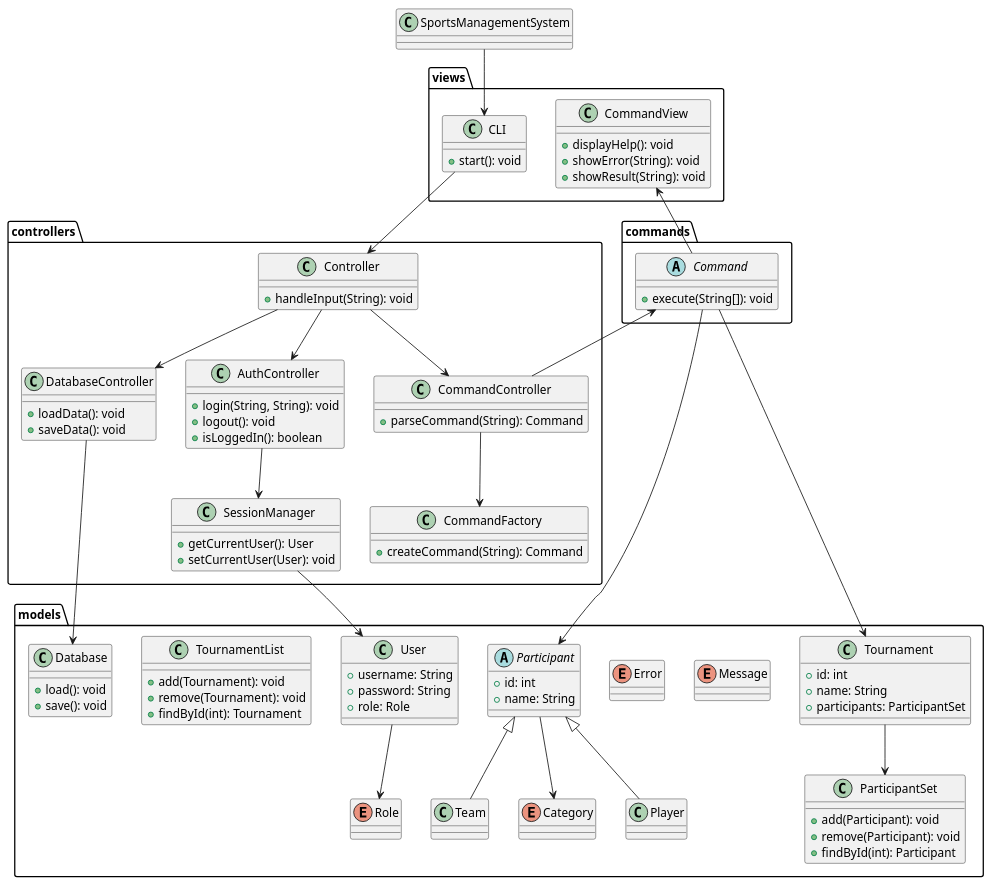
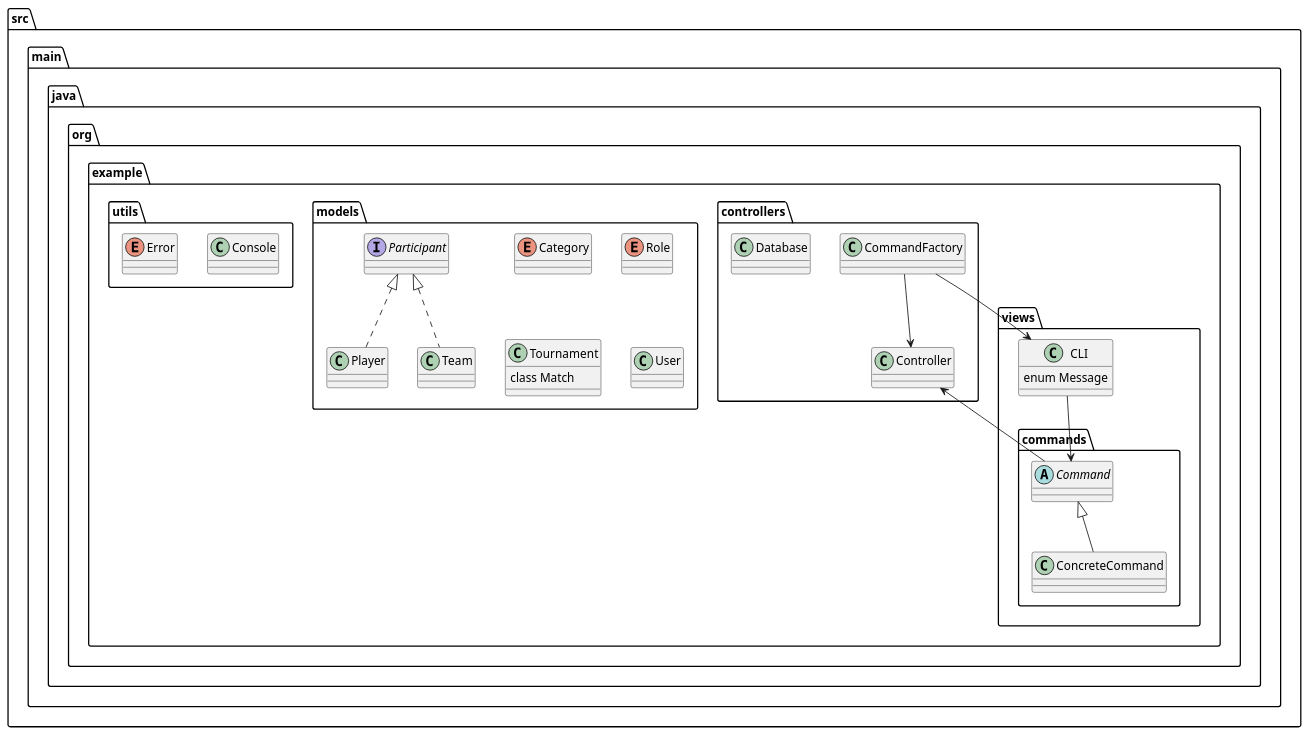
Before and after one commit to kareiku/poo-practica: the diagram in diagram.puml, drawn with PlantUML. The commit also changed 1 other file, not shown here.

Commit message:
Started the UML. Added the Command pattern.

```diff
--- a/diagram.puml
+++ b/diagram.puml
@@ -1,138 +1,43 @@
 @startuml
 
-class SportsManagementSystem
-
-package models {
-    enum Category
-    enum Role
-    enum Error
-    enum Message
-
-    abstract class Participant {
-        +id: int
-        +name: String
+package src.main.java.org.example {
+    package controllers {
+        class CommandFactory
+        class Controller
+        class Database
     }
 
-    class Player extends Participant
-    class Team extends Participant
-
-    class ParticipantSet {
-        +add(Participant): void
-        +remove(Participant): void
-        +findById(int): Participant
+    package models {
+        enum Category
+        interface Participant
+        class Player implements Participant
+        enum Role
+        class Team implements Participant
+        class Tournament {
+            class Match
+        }
+        class User
     }
 
-    class Tournament {
-        +id: int
-        +name: String
-        +participants: ParticipantSet
+    package utils {
+        class Console
+        enum Error
     }
 
-    class TournamentList {
-        +add(Tournament): void
-        +remove(Tournament): void
-        +findById(int): Tournament
-    }
-
-    class User {
-        +username: String
-        +password: String
-        +role: Role
-    }
-
-    class Database {
-        +load(): void
-        +save(): void
+    package views {
+        package commands {
+            abstract Command
+            class ConcreteCommand extends Command
+        }
+        class CLI {
+            enum Message
+        }
     }
 }
 
-package controllers {
-    class Controller {
-        +handleInput(String): void
-    }
-
-    class CommandController {
-        +parseCommand(String): Command
-    }
-
-    class CommandFactory {
-        +createCommand(String): Command
-    }
-
-    class AuthController {
-        +login(String, String): void
-        +logout(): void
-        +isLoggedIn(): boolean
-    }
-
-    class DatabaseController {
-        +loadData(): void
-        +saveData(): void
-    }
-
-    class SessionManager {
-        +getCurrentUser(): User
-        +setCurrentUser(User): void
-    }
-}
-
-package commands {
-    abstract class Command {
-        +execute(String[]): void
-    }
-/'
-    class ExitCommand extends Command
-    class LoginCommand extends Command
-    class LogoutCommand extends Command
-    class PlayerCreateCommand extends Command
-    class PlayerDeleteCommand extends Command
-    class StatisticsShowCommand extends Command
-    class TeamAddCommand extends Command
-    class TeamCreateCommand extends Command
-    class TeamDeleteCommand extends Command
-    class TeamRemoveCommand extends Command
-    class TournamentAddCommand extends Command
-    class TournamentDeleteCommand extends Command
-    class TournamentListCommand extends Command
-    class TournamentMatchmakingCommand extends Command
-    class TournamentRemoveCommand extends Command
-'/
-}
-
-package views {
-    class CLI {
-        +start(): void
-    }
-
-    class CommandView {
-        +displayHelp(): void
-        +showError(String): void
-        +showResult(String): void
-    }
-}
-
-SportsManagementSystem --> CLI
-CLI --> Controller
-Controller --> CommandController
-CommandController --> CommandFactory
-CommandController --> Command
-Command --> CommandView
-Command -[hidden]-> SessionManager
-Command -[hidden]-> DatabaseController
-
-Controller --> AuthController
-AuthController --> SessionManager
-Controller --> DatabaseController
-DatabaseController --> Database
-
-SessionManager --> User
-User --> Role
-
-Command --> Participant
-Command --> Tournament
-
-Tournament --> ParticipantSet
-Participant --> Category
-Message <-[hidden]right- Database
+CommandFactory --> CLI
+CommandFactory --> Controller
+CLI --> Command
+Command --> Controller
 
 @enduml
```
